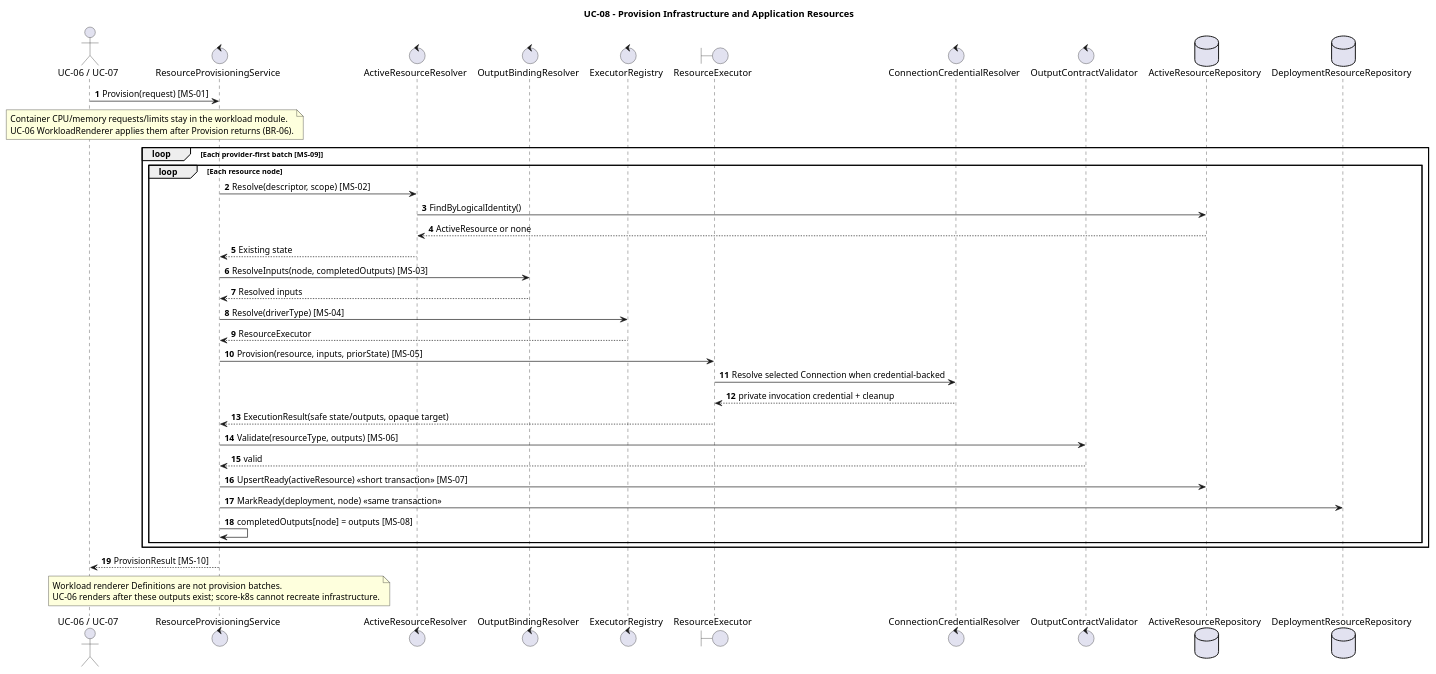
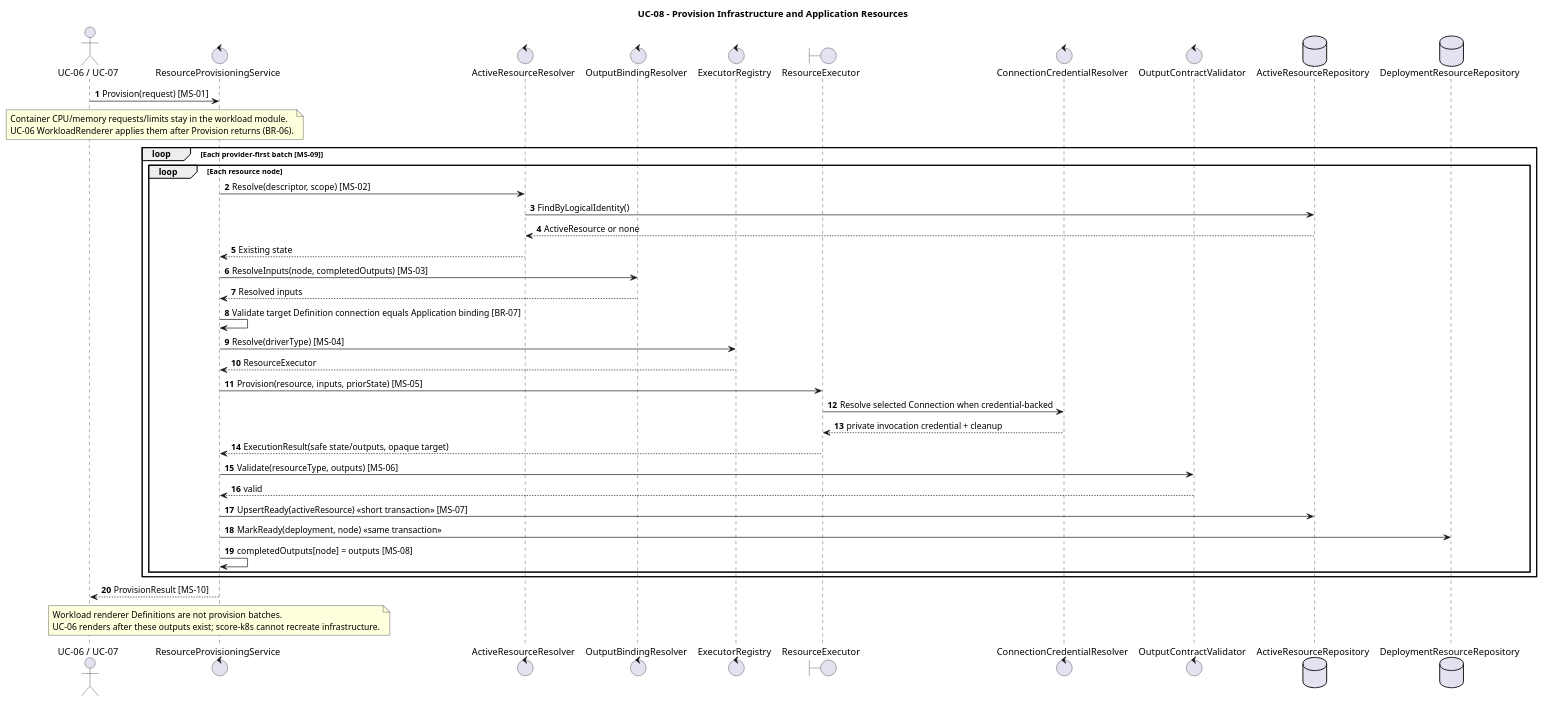
One commit to pr3s3nt/poc changed the diagram in orchestrator_docs/usecase/UC-08/sequence.puml. Above: the diagram before and after it, drawn with PlantUML. The commit also changed 76 other files, not shown here.

Commit message:
feat: select application deployment connection at creation

```diff
--- a/orchestrator_docs/usecase/UC-08/sequence.puml
+++ b/orchestrator_docs/usecase/UC-08/sequence.puml
@@ -1,47 +1,48 @@
 @startuml
 title UC-08 - Provision Infrastructure and Application Resources
 autonumber
 actor "UC-06 / UC-07" as Caller
 control ResourceProvisioningService as Service
 control ActiveResourceResolver as ActiveResolver
 control OutputBindingResolver as BindingResolver
 control ExecutorRegistry as Registry
 boundary ResourceExecutor as Executor
 control ConnectionCredentialResolver as Credentials
 control OutputContractValidator as Validator
 database ActiveResourceRepository as ResourceRepo
 database DeploymentResourceRepository as DeploymentResourceRepo
 
 Caller -> Service: Provision(request) [MS-01]
 note over Caller, Service
 Container CPU/memory requests/limits stay in the workload module.
 UC-06 WorkloadRenderer applies them after Provision returns (BR-06).
 end note
 loop Each provider-first batch [MS-09]
   loop Each resource node
     Service -> ActiveResolver: Resolve(descriptor, scope) [MS-02]
     ActiveResolver -> ResourceRepo: FindByLogicalIdentity()
     ResourceRepo --> ActiveResolver: ActiveResource or none
     ActiveResolver --> Service: Existing state
     Service -> BindingResolver: ResolveInputs(node, completedOutputs) [MS-03]
     BindingResolver --> Service: Resolved inputs
+    Service -> Service: Validate target Definition connection equals Application binding [BR-07]
     Service -> Registry: Resolve(driverType) [MS-04]
     Registry --> Service: ResourceExecutor
     Service -> Executor: Provision(resource, inputs, priorState) [MS-05]
     Executor -> Credentials: Resolve selected Connection when credential-backed
     Credentials --> Executor: private invocation credential + cleanup
     Executor --> Service: ExecutionResult(safe state/outputs, opaque target)
     Service -> Validator: Validate(resourceType, outputs) [MS-06]
     Validator --> Service: valid
     Service -> ResourceRepo: UpsertReady(activeResource) <<short transaction>> [MS-07]
     Service -> DeploymentResourceRepo: MarkReady(deployment, node) <<same transaction>>
     Service -> Service: completedOutputs[node] = outputs [MS-08]
   end
 end
 Service --> Caller: ProvisionResult [MS-10]
 
 note over Service
 Workload renderer Definitions are not provision batches.
 UC-06 renders after these outputs exist; score-k8s cannot recreate infrastructure.
 end note
 @enduml
```
